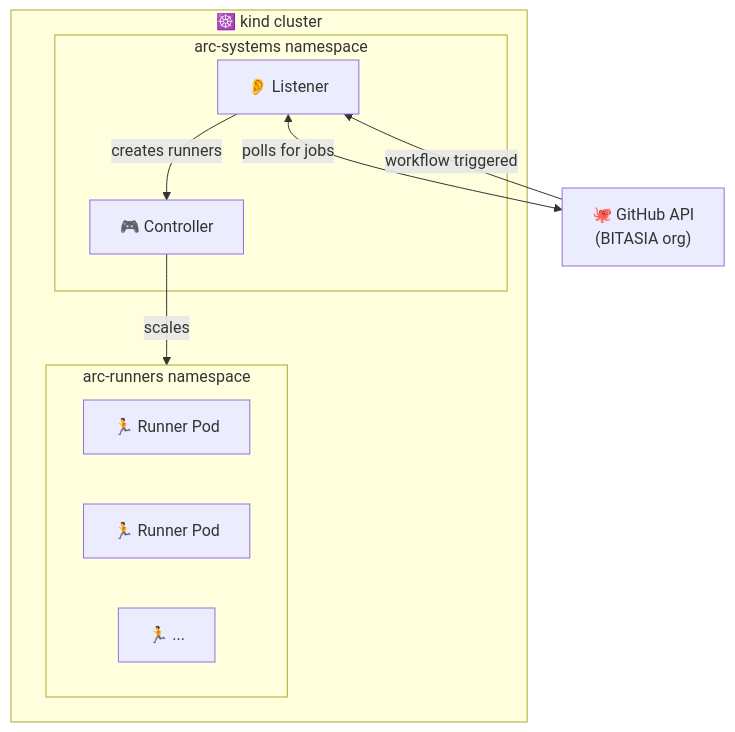
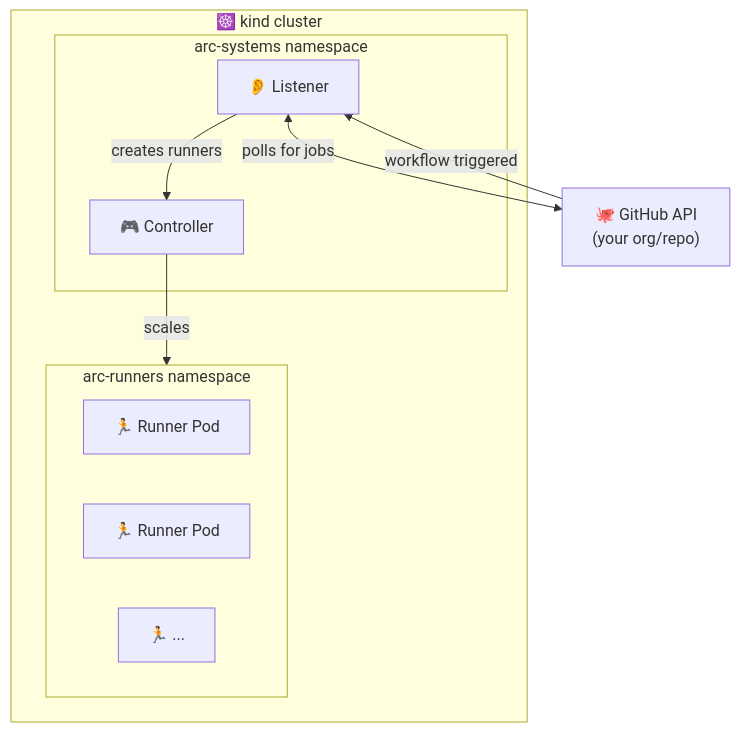
The diagram in README.md (codeyogi911/arc-self-hosted), drawn with Mermaid before and after one commit. The commit also changed other lines of this file and 1 other file, not shown here.

Commit message:
Make repo generic - remove org-specific references

````diff
--- a/README.md
+++ b/README.md
@@ -81,22 +86,22 @@
 ```mermaid
 flowchart TB
     subgraph cluster["☸️ kind cluster"]
         subgraph arc-systems["arc-systems namespace"]
             controller["🎮 Controller"]
             listener["👂 Listener"]
         end
         
         subgraph arc-runners["arc-runners namespace"]
             runner1["🏃 Runner Pod"]
             runner2["🏃 Runner Pod"]
             runner3["🏃 ..."]
         end
     end
     
-    github["🐙 GitHub API\n(BITASIA org)"]
+    github["🐙 GitHub API\n(your org/repo)"]
     
     listener <-->|"polls for jobs"| github
     controller -->|"scales"| arc-runners
     github -->|"workflow triggered"| listener
     listener -->|"creates runners"| controller
 ```
````
